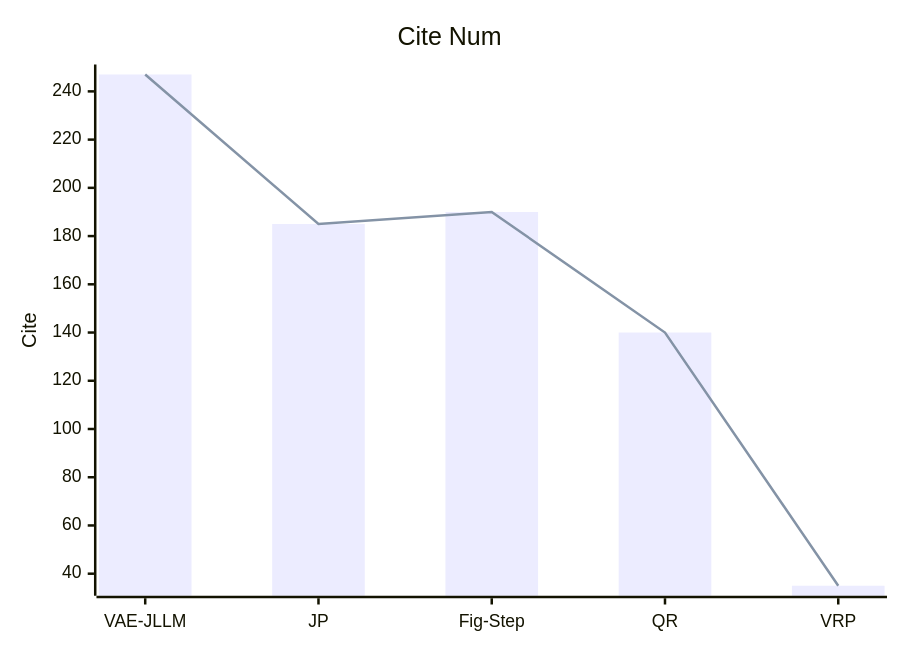
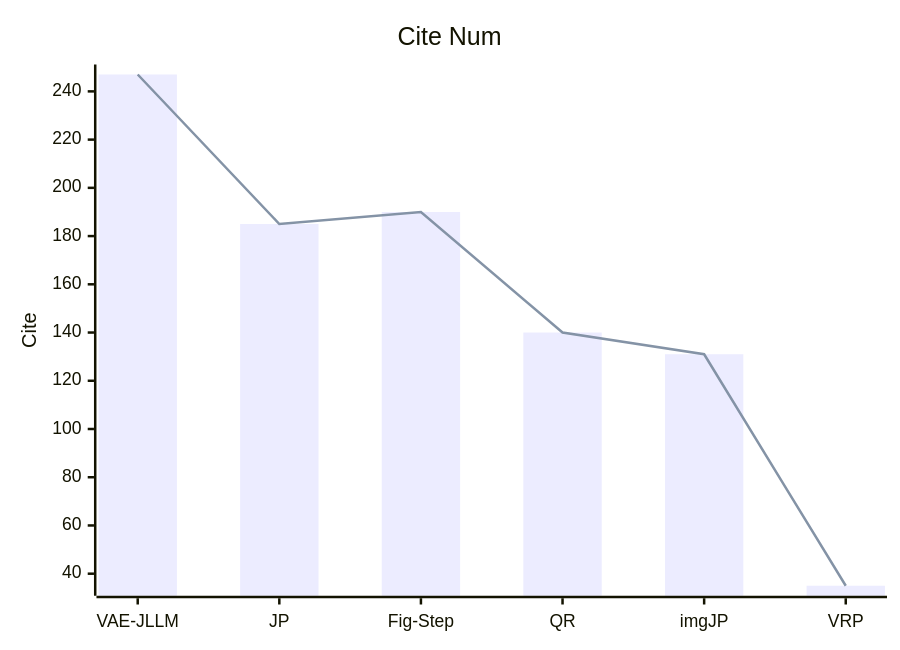
The fifth of 5 diagrams in Attack/Jailbreak/VLVM/analyse.md (Elephant-King9/Paper), drawn with Mermaid before and after one commit. The commit also changed other lines of this file and 5 other files, not shown here.

````diff
--- a/Attack/Jailbreak/VLVM/analyse.md
+++ b/Attack/Jailbreak/VLVM/analyse.md
@@ -92,8 +98,8 @@
 ```mermaid
     xychart-beta
     title "Cite Num"
-    x-axis [VAE-JLLM,JP,Fig-Step, QR, VRP]
+    x-axis [VAE-JLLM,JP,Fig-Step, QR, imgJP,VRP]
     y-axis "Cite" 
-    bar [247,185,190,140,35]
-    line [247,185,190,140,35]
+    bar [247,185,190,140,131,35]
+    line [247,185,190,140,131,35]
 ```
````
